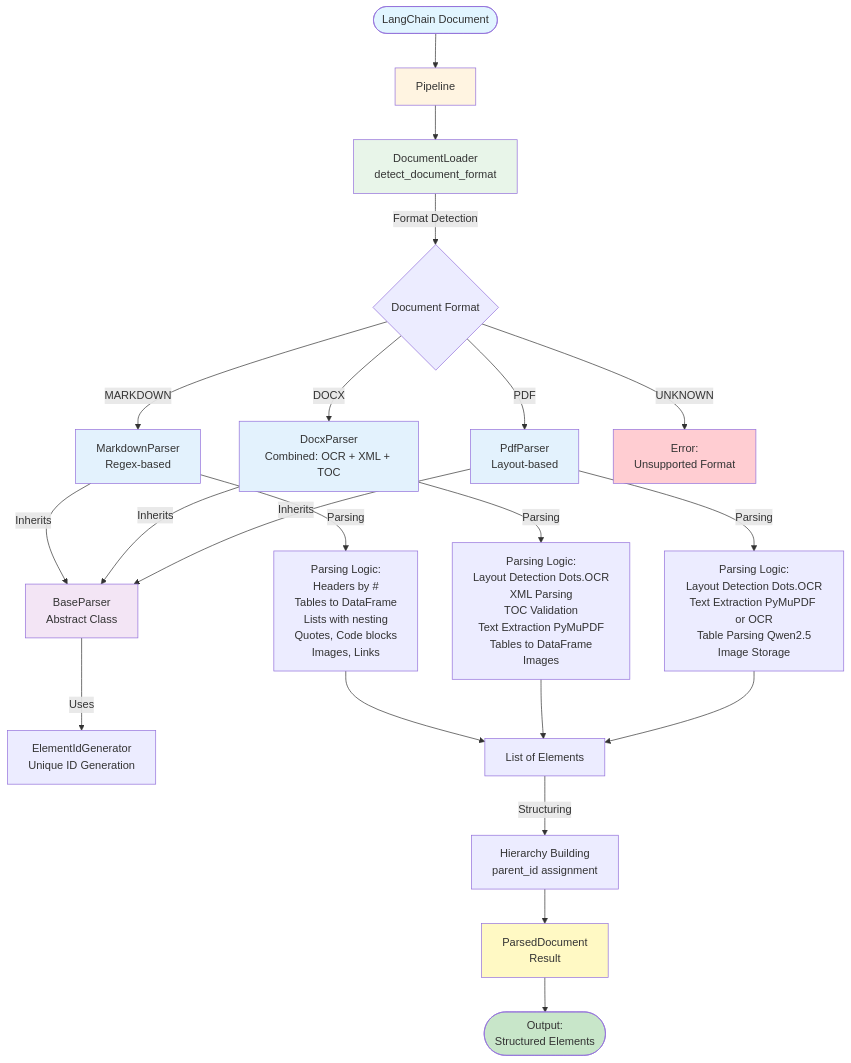
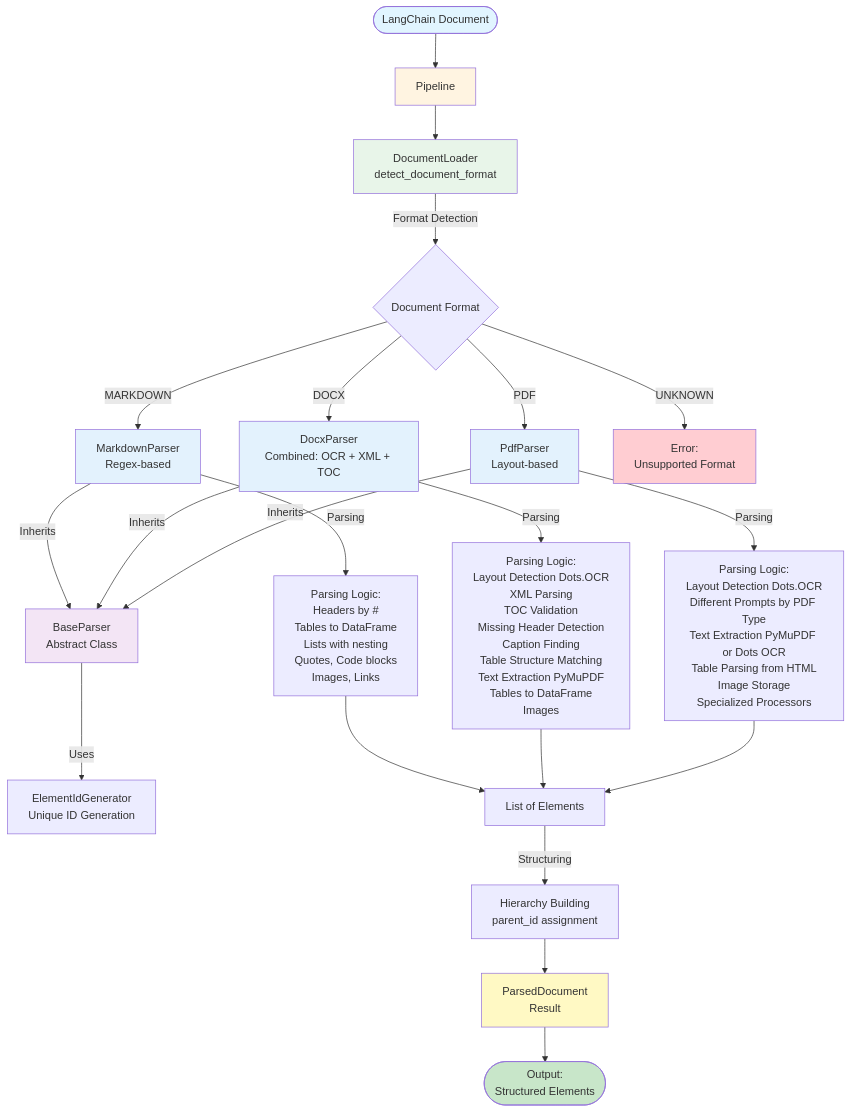
The first of 5 diagrams in docs/architecture_diagram.md (aimclub/documentor), drawn with Mermaid before and after one commit. The commit also changed other lines of this file and 47 other files, not shown here.

Commit message:
Remove all Qwen references from documentor package and improve DOCX parser

````diff
--- a/docs/architecture_diagram.md
+++ b/docs/architecture_diagram.md
@@ -5,46 +5,46 @@
 ```mermaid
 graph TB
     Start([LangChain Document]) --> Pipeline[Pipeline]
     
     Pipeline --> Loader[DocumentLoader<br/>detect_document_format]
     
     Loader -->|Format Detection| FormatCheck{Document Format}
     
     FormatCheck -->|MARKDOWN| MarkdownParser[MarkdownParser<br/>Regex-based]
     FormatCheck -->|DOCX| DocxParser[DocxParser<br/>Combined: OCR + XML + TOC]
     FormatCheck -->|PDF| PdfParser[PdfParser<br/>Layout-based]
     FormatCheck -->|UNKNOWN| Error[Error:<br/>Unsupported Format]
     
     MarkdownParser -->|Inherits| BaseParser[BaseParser<br/>Abstract Class]
     DocxParser -->|Inherits| BaseParser
     PdfParser -->|Inherits| BaseParser
     
     BaseParser -->|Uses| IdGenerator[ElementIdGenerator<br/>Unique ID Generation]
     
     MarkdownParser -->|Parsing| MarkdownLogic["Parsing Logic:<br/>Headers by #<br/>Tables to DataFrame<br/>Lists with nesting<br/>Quotes, Code blocks<br/>Images, Links"]
     
-    DocxParser -->|Parsing| DocxLogic["Parsing Logic:<br/>Layout Detection Dots.OCR<br/>XML Parsing<br/>TOC Validation<br/>Text Extraction PyMuPDF<br/>Tables to DataFrame<br/>Images"]
+    DocxParser -->|Parsing| DocxLogic["Parsing Logic:<br/>Layout Detection Dots.OCR<br/>XML Parsing<br/>TOC Validation<br/>Missing Header Detection<br/>Caption Finding<br/>Table Structure Matching<br/>Text Extraction PyMuPDF<br/>Tables to DataFrame<br/>Images"]
     
-    PdfParser -->|Parsing| PdfLogic["Parsing Logic:<br/>Layout Detection Dots.OCR<br/>Text Extraction PyMuPDF or OCR<br/>Table Parsing Qwen2.5<br/>Image Storage"]
+    PdfParser -->|Parsing| PdfLogic["Parsing Logic:<br/>Layout Detection Dots.OCR<br/>Different Prompts by PDF Type<br/>Text Extraction PyMuPDF or Dots OCR<br/>Table Parsing from HTML<br/>Image Storage<br/>Specialized Processors"]
     
     MarkdownLogic --> Elements[List of Elements]
     DocxLogic --> Elements
     PdfLogic --> Elements
     
     Elements -->|Structuring| Hierarchy[Hierarchy Building<br/>parent_id assignment]
     
     Hierarchy --> ParsedDoc[ParsedDocument<br/>Result]
     
     ParsedDoc --> Output([Output:<br/>Structured Elements])
     
     style Start fill:#e1f5ff
     style Pipeline fill:#fff4e1
     style Loader fill:#e8f5e9
     style BaseParser fill:#f3e5f5
     style MarkdownParser fill:#e3f2fd
     style DocxParser fill:#e3f2fd
     style PdfParser fill:#e3f2fd
     style ParsedDoc fill:#fff9c4
     style Output fill:#c8e6c9
     style Error fill:#ffcdd2
 ```
````
